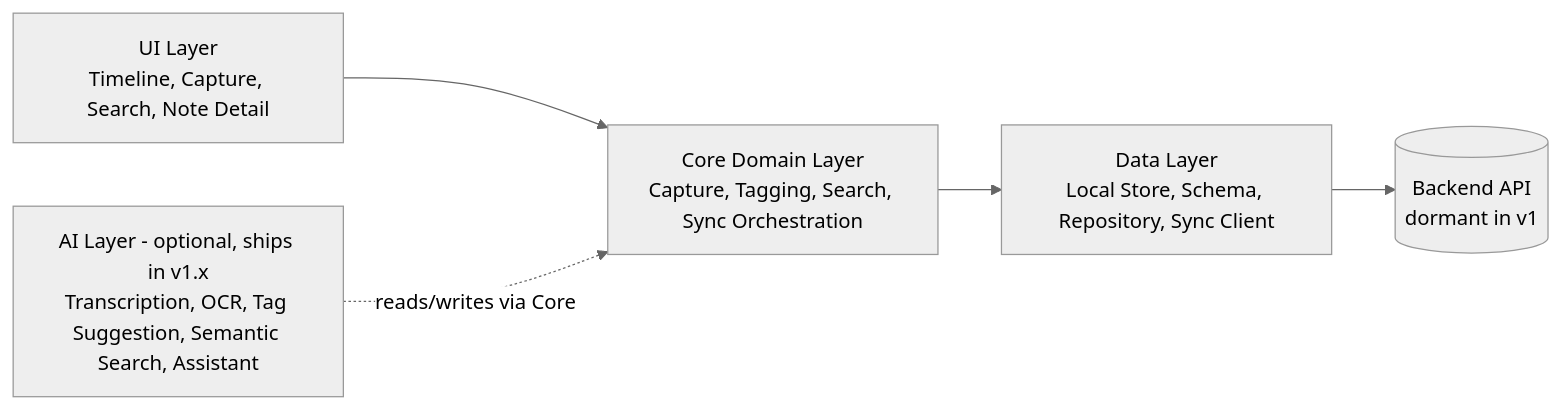
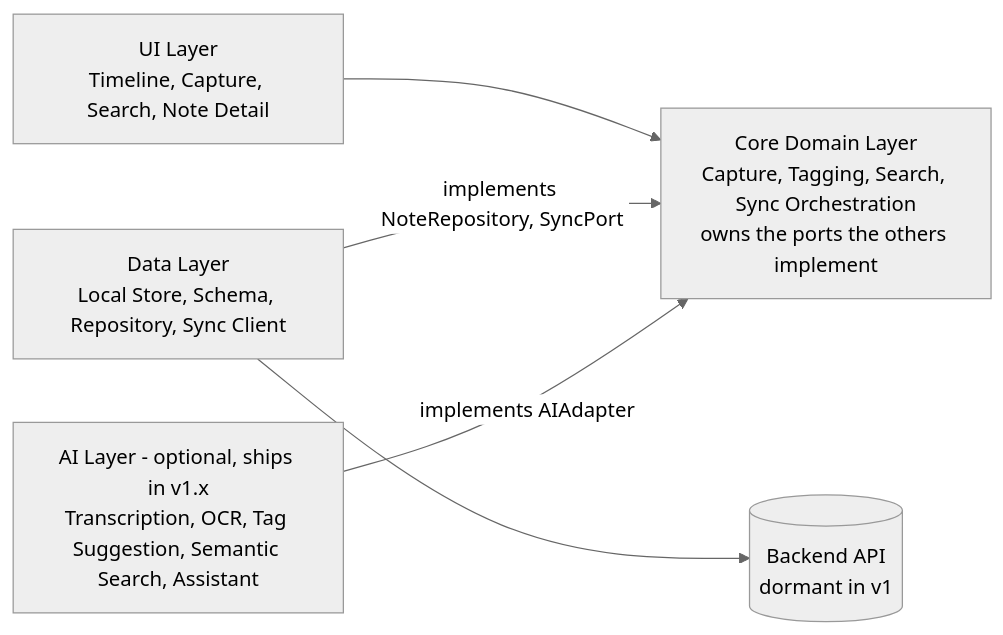
The second of 5 diagrams in docs/04-architecture.md (sanyzrn/DbsNex), drawn with Mermaid (neutral theme) before and after one commit. The commit also changed other lines of this file and 17 other files, not shown here.

````diff
--- a/docs/04-architecture.md
+++ b/docs/04-architecture.md
@@ -51,9 +58,10 @@
 ```mermaid
 flowchart LR
     UI[UI Layer<br/>Timeline, Capture, Search, Note Detail] --> Core
-    Core[Core Domain Layer<br/>Capture, Tagging, Search, Sync Orchestration] --> Data
-    Data[Data Layer<br/>Local Store, Schema, Repository, Sync Client] --> Backend
+    Core[Core Domain Layer<br/>Capture, Tagging, Search, Sync Orchestration<br/>owns the ports the others implement]
+    Data[Data Layer<br/>Local Store, Schema, Repository, Sync Client] -- implements NoteRepository, SyncPort --> Core
+    Data --> Backend
     Backend[(Backend API<br/>dormant in v1)]
 
-    AI[AI Layer - optional, ships in v1.x<br/>Transcription, OCR, Tag Suggestion, Semantic Search, Assistant] -. reads/writes via Core .-> Core
+    AI[AI Layer - optional, ships in v1.x<br/>Transcription, OCR, Tag Suggestion, Semantic Search, Assistant] -- implements AIAdapter --> Core
 ```
````
